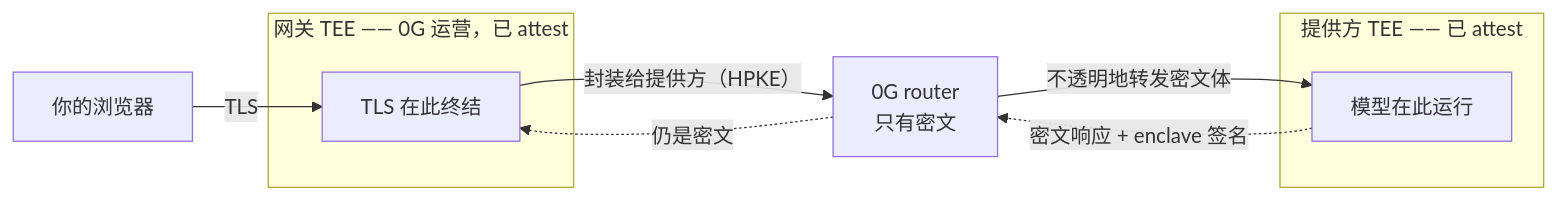
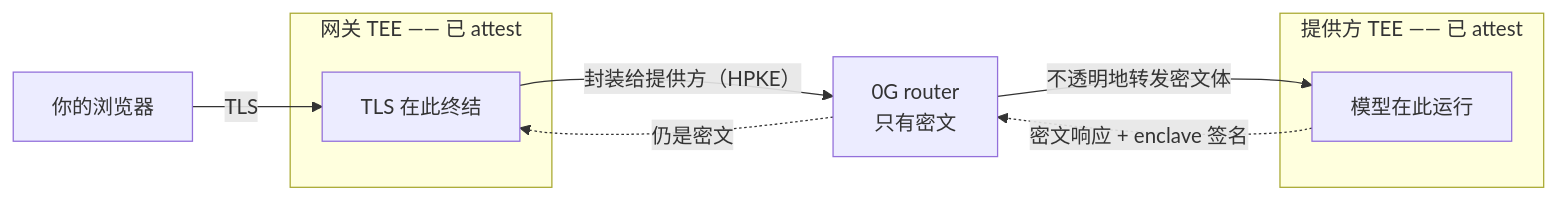
Before and after one commit to 0gfoundation/0g-pc-e2ee: the diagram in docs/why-this-is-private.zh-CN.md, drawn with Mermaid. The commit also changed other lines of this file and 1 other file, not shown here.

````diff
--- a/docs/why-this-is-private.zh-CN.md
+++ b/docs/why-this-is-private.zh-CN.md
@@ -42,20 +45,20 @@
 ```mermaid
 flowchart LR
     APP["你的浏览器"]
 
-    subgraph GW["网关 TEE —— 0G 运营，已 attest"]
+    subgraph GW["网关 TEE —— 已 attest"]
         G["TLS 在此终结"]
     end
 
     R["0G router<br/>只有密文"]
 
     subgraph PROV["提供方 TEE —— 已 attest"]
         P["模型在此运行"]
     end
 
     APP -->|"TLS"| G
     G -->|"封装给提供方（HPKE）"| R
     R -->|"不透明地转发密文体"| P
     P -.->|"密文响应 + enclave 签名"| R
     R -.->|"仍是密文"| G
 ```
````
